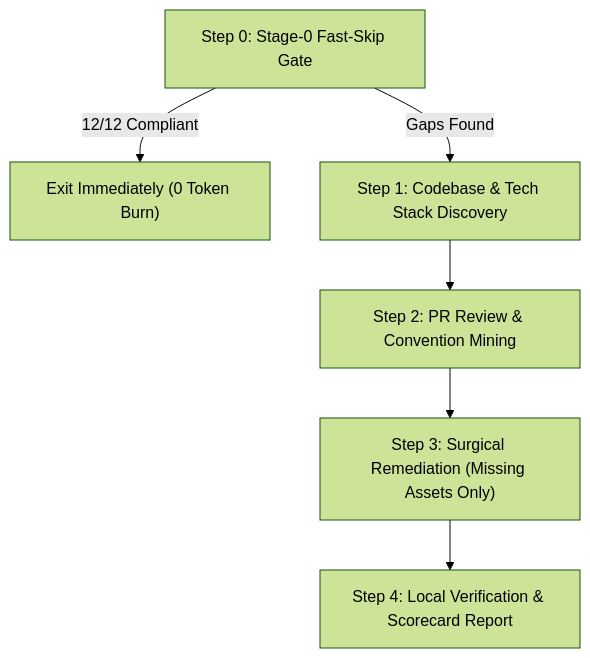
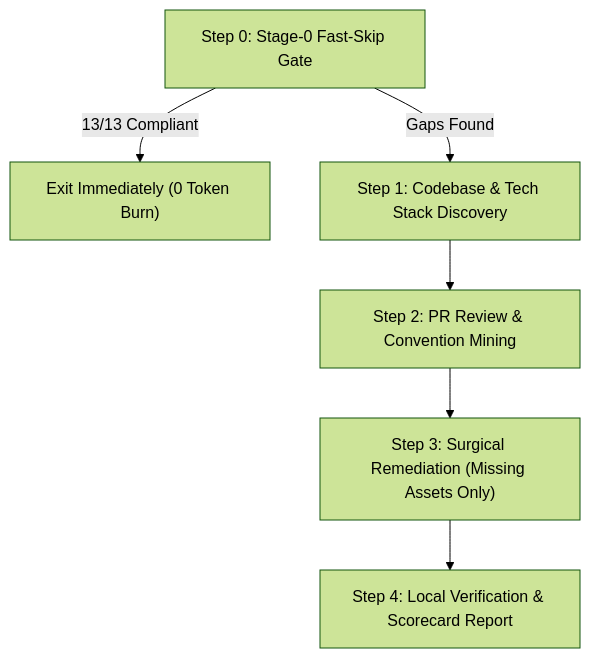
The diagram in ai-ready/SKILL.md (harshsinghmp/muse-skills), drawn with Mermaid (forest theme) before and after one commit. The commit also changed other lines of this file and 17 other files, not shown here.

````diff
--- a/ai-ready/SKILL.md
+++ b/ai-ready/SKILL.md
@@ -122,8 +123,8 @@
 ```mermaid
 flowchart TD
-    A["Step 0: Stage-0 Fast-Skip Gate"] -->|12/12 Compliant| B["Exit Immediately (0 Token Burn)"]
+    A["Step 0: Stage-0 Fast-Skip Gate"] -->|13/13 Compliant| B["Exit Immediately (0 Token Burn)"]
     A -->|Gaps Found| C["Step 1: Codebase & Tech Stack Discovery"]
     C --> D["Step 2: PR Review & Convention Mining"]
     D --> E["Step 3: Surgical Remediation (Missing Assets Only)"]
     E --> F["Step 4: Local Verification & Scorecard Report"]
 ```
````
